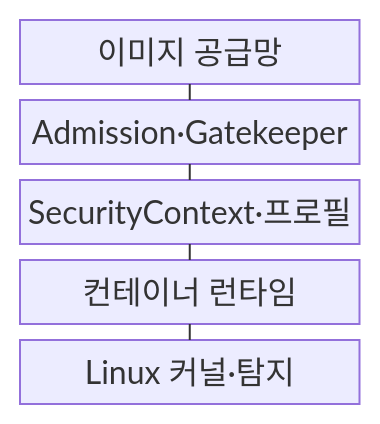
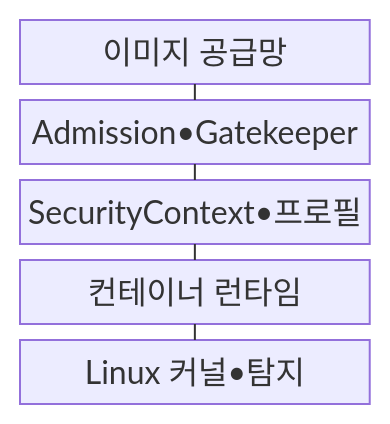
The first of 2 diagrams in src/content/docs/notes/03-software/158_container_security.md (agnusdei1207/knowledge-base), drawn with Mermaid before and after one commit. The commit also changed other lines of this file and 953 other files, not shown here.

````diff
--- a/src/content/docs/notes/03-software/158_container_security.md
+++ b/src/content/docs/notes/03-software/158_container_security.md
@@ -66,13 +66,13 @@
 ```mermaid
 block
     columns 1
     A["이미지 공급망"]
-    B["Admission·Gatekeeper"]
-    C["SecurityContext·프로필"]
+    B["Admission•Gatekeeper"]
+    C["SecurityContext•프로필"]
     D["컨테이너 런타임"]
-    E["Linux 커널·탐지"]
+    E["Linux 커널•탐지"]
     A --- B
     B --- C
     C --- D
     D --- E
 ```
````
